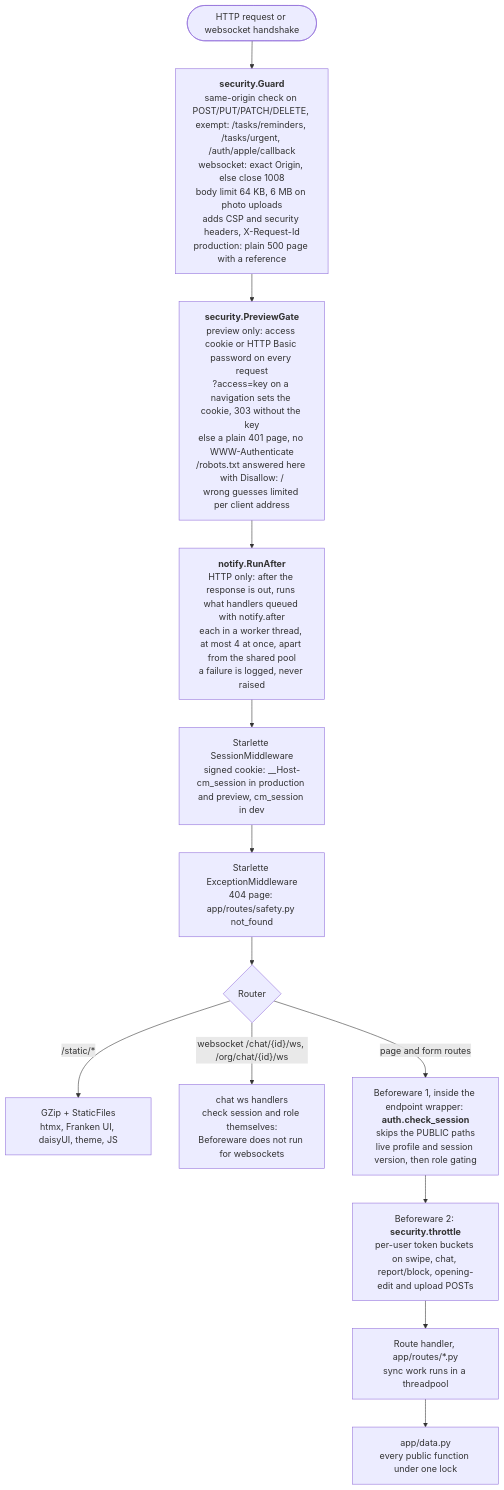
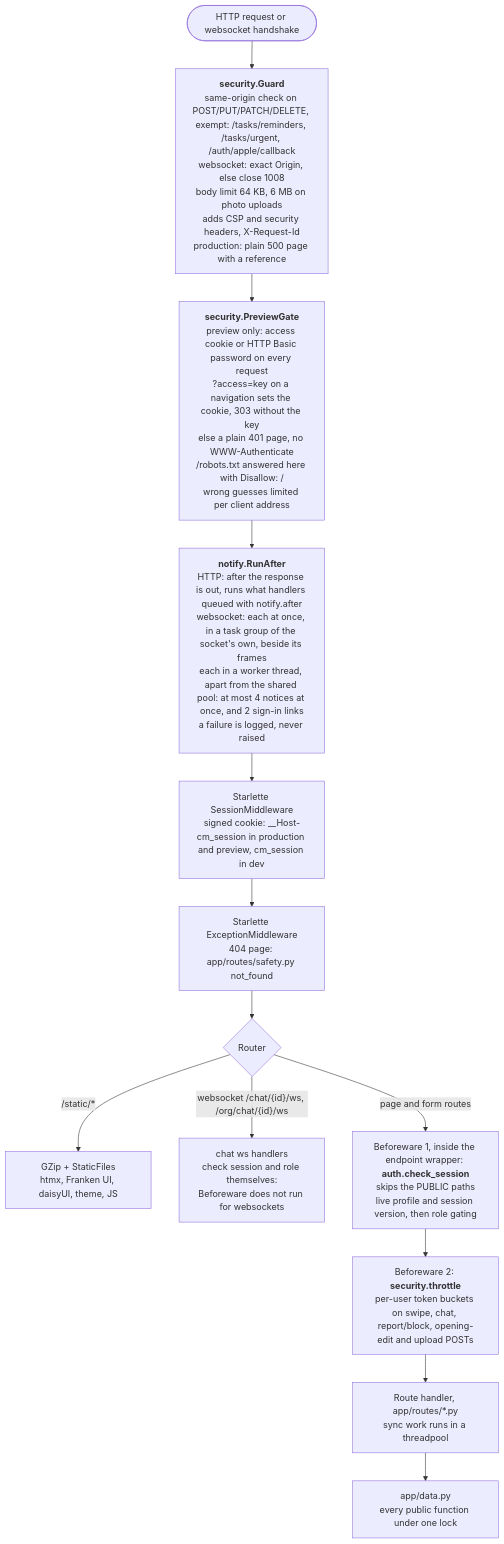
One commit to slegroux/causematch changed diagram 11 of 26 in docs/ARCHITECTURE.md. Above: the diagram before and after it, drawn with Mermaid. The commit also changed other lines of this file and 10 other files, not shown here.

First line of the commit message:
Chat notices and sign-in links go out after the response, in bounded threads (#50)

````diff
--- a/docs/ARCHITECTURE.md
+++ b/docs/ARCHITECTURE.md
@@ -551,18 +551,18 @@
 ```mermaid
 flowchart TD
     req(["HTTP request or websocket handshake"]) --> guard
     guard["<b>security.Guard</b><br/>same-origin check on POST/PUT/PATCH/DELETE, exempt: /tasks/reminders, /tasks/urgent, /auth/apple/callback<br/>websocket: exact Origin, else close 1008<br/>body limit 64 KB, 6 MB on photo uploads<br/>adds CSP and security headers, X-Request-Id<br/>production: plain 500 page with a reference"]
     guard --> gate
     gate["<b>security.PreviewGate</b><br/>preview only: access cookie or HTTP Basic password on every request<br/>?access=key on a navigation sets the cookie, 303 without the key<br/>else a plain 401 page, no WWW-Authenticate<br/>/robots.txt answered here with Disallow: /<br/>wrong guesses limited per client address"]
-    gate --> after["<b>notify.RunAfter</b><br/>HTTP only: after the response is out, runs what handlers queued with notify.after<br/>each in a worker thread, at most 4 at once, apart from the shared pool<br/>a failure is logged, never raised"]
+    gate --> after["<b>notify.RunAfter</b><br/>HTTP: after the response is out, runs what handlers queued with notify.after<br/>websocket: each at once, in a task group of the socket's own, beside its frames<br/>each in a worker thread, apart from the shared pool: at most 4 notices at once, and 2 sign-in links<br/>a failure is logged, never raised"]
     after --> sess["Starlette SessionMiddleware<br/>signed cookie: __Host-cm_session in production and preview, cm_session in dev"]
     sess --> exc["Starlette ExceptionMiddleware<br/>404 page: app/routes/safety.py not_found"]
     exc --> router{"Router"}
     router -- "/static/*" --> static["GZip + StaticFiles<br/>htmx, Franken UI, daisyUI, theme, JS"]
     router -- "websocket /chat/{id}/ws, /org/chat/{id}/ws" --> ws["chat ws handlers<br/>check session and role themselves:<br/>Beforeware does not run for websockets"]
     router -- "page and form routes" --> bw
     bw["Beforeware 1, inside the endpoint wrapper: <b>auth.check_session</b><br/>skips the PUBLIC paths<br/>live profile and session version, then role gating"]
     bw --> thr["Beforeware 2: <b>security.throttle</b><br/>per-user token buckets on swipe, chat, report/block, opening-edit and upload POSTs"]
     thr --> handler["Route handler, app/routes/*.py<br/>sync work runs in a threadpool"]
     handler --> data["app/data.py<br/>every public function under one lock"]
 ```
````
